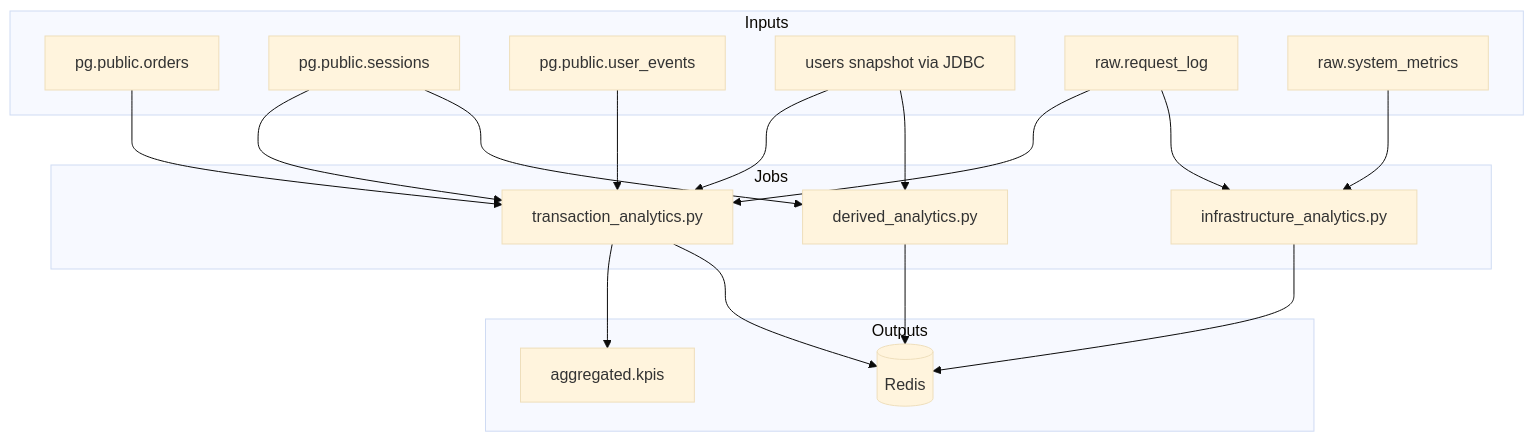
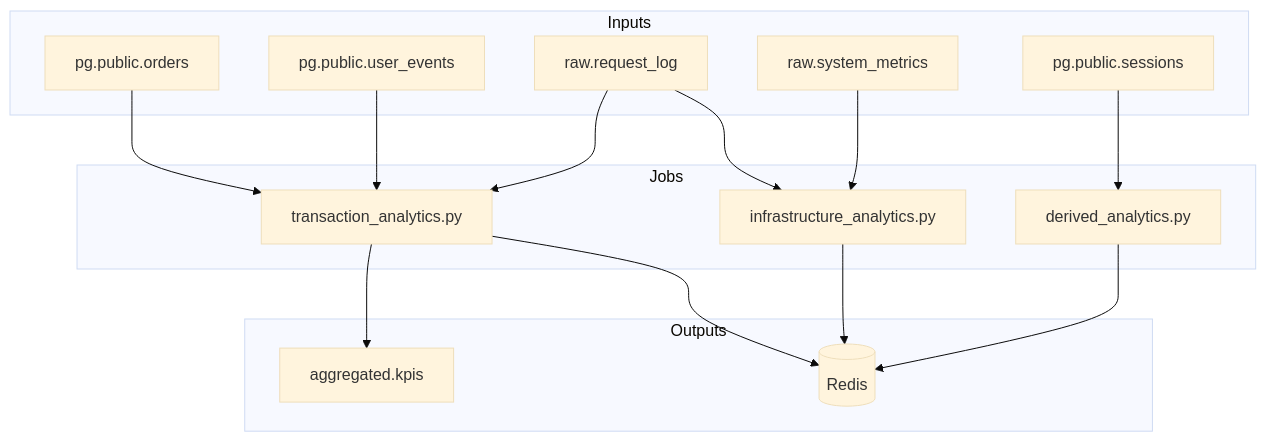
One commit to ANZER03/cdc-pipeline changed the third of 5 diagrams in FLOW.md. Above: the diagram before and after it, drawn with Mermaid (base theme). The commit also changed other lines of this file and 14 other files, not shown here.

````diff
--- a/FLOW.md
+++ b/FLOW.md
@@ -99,39 +138,35 @@
 ```mermaid
 flowchart TD
     subgraph Inputs
       ORD[pg.public.orders]
       SES[pg.public.sessions]
       UEV[pg.public.user_events]
-      USR[users snapshot via JDBC]
       RQ[raw.request_log]
       SYS[raw.system_metrics]
     end
 
     subgraph Jobs
       TX[transaction_analytics.py]
       INF[infrastructure_analytics.py]
       DER[derived_analytics.py]
     end
 
     subgraph Outputs
       AKPI[aggregated.kpis]
       REDIS[(Redis)]
     end
 
     ORD --> TX
-    SES --> TX
     UEV --> TX
-    USR --> TX
     RQ --> TX
 
     RQ --> INF
     SYS --> INF
 
     SES --> DER
-    USR --> DER
 
     TX --> AKPI
     TX --> REDIS
     INF --> REDIS
     DER --> REDIS
 ```
````
